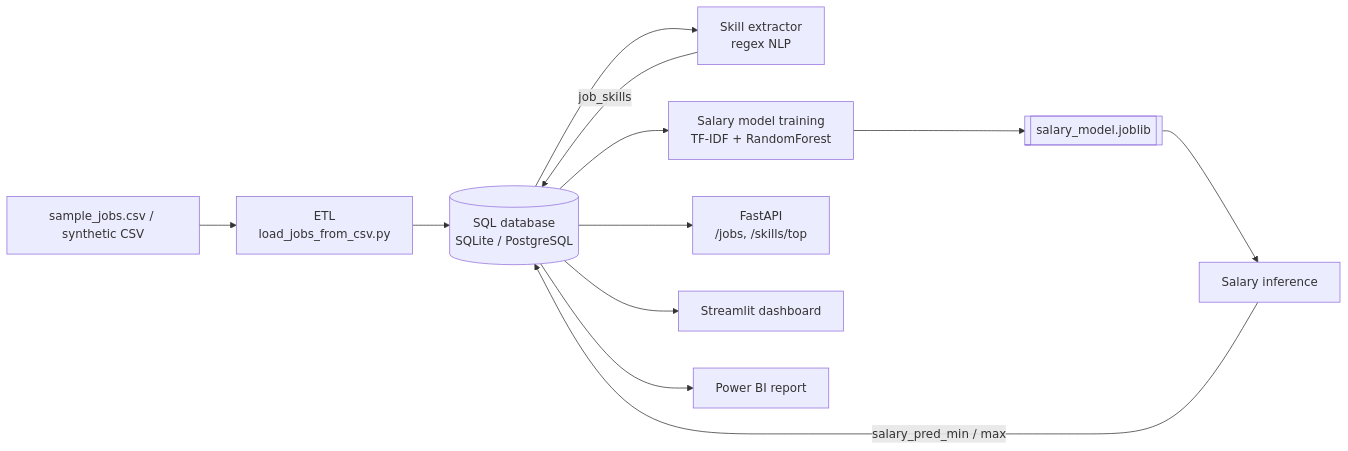
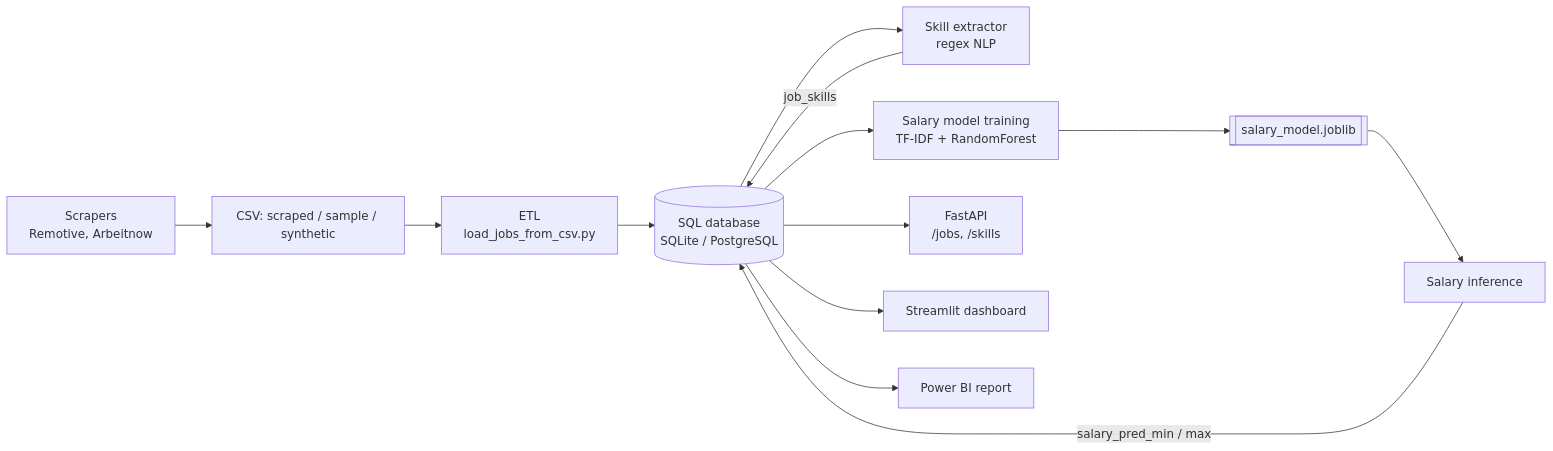
Before and after one commit to Gonugunta-Venkata-Jayanth/Job-Intelligence-Platform: the first of 2 diagrams in README.md, drawn with Mermaid. The commit also changed other lines of this file, not shown here.

Commit message:
README: scrapers, routers, crud, CLI CSV path, tests, real model metrics, MIT

````diff
--- a/README.md
+++ b/README.md
@@ -42,14 +46,15 @@
 ```mermaid
 flowchart LR
-    A[sample_jobs.csv / synthetic CSV] --> B[ETL<br/>load_jobs_from_csv.py]
+    S[Scrapers<br/>Remotive, Arbeitnow] --> A
+    A[CSV: scraped / sample / synthetic] --> B[ETL<br/>load_jobs_from_csv.py]
     B --> DB[(SQL database<br/>SQLite / PostgreSQL)]
     DB --> C[Skill extractor<br/>regex NLP]
     C -->|job_skills| DB
     DB --> D[Salary model training<br/>TF-IDF + RandomForest]
     D --> M[[salary_model.joblib]]
     M --> E[Salary inference]
     E -->|salary_pred_min / max| DB
-    DB --> API[FastAPI<br/>/jobs, /skills/top]
+    DB --> API[FastAPI<br/>/jobs, /skills]
     DB --> ST[Streamlit dashboard]
     DB --> BI[Power BI report]
 ```
````
